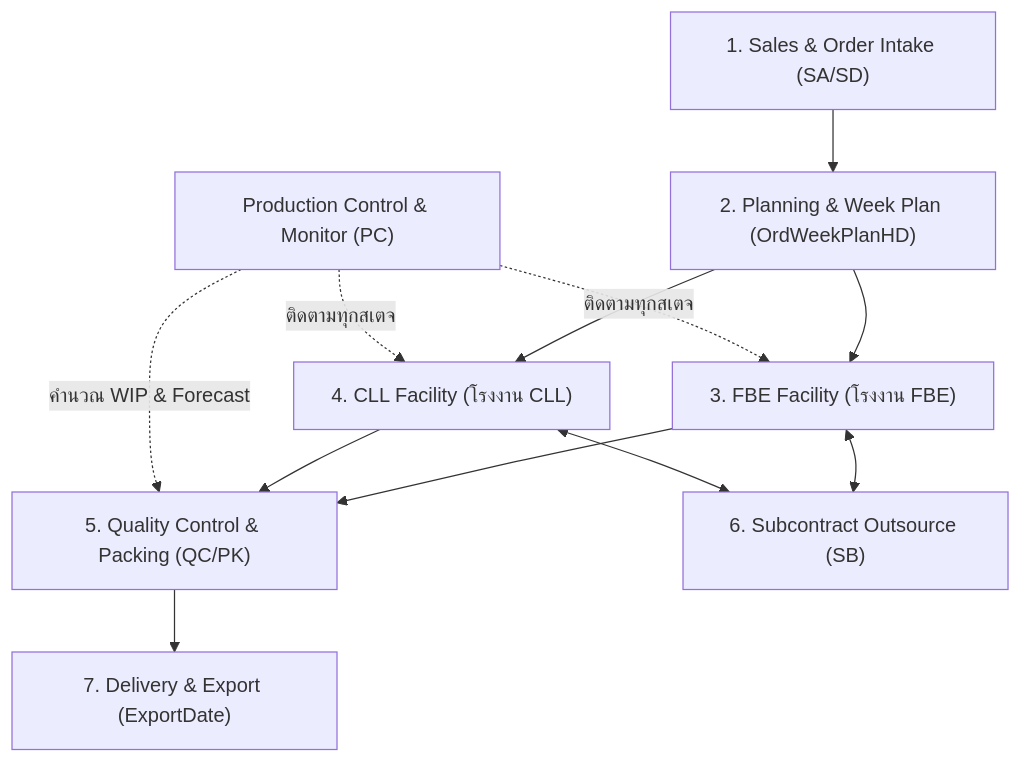
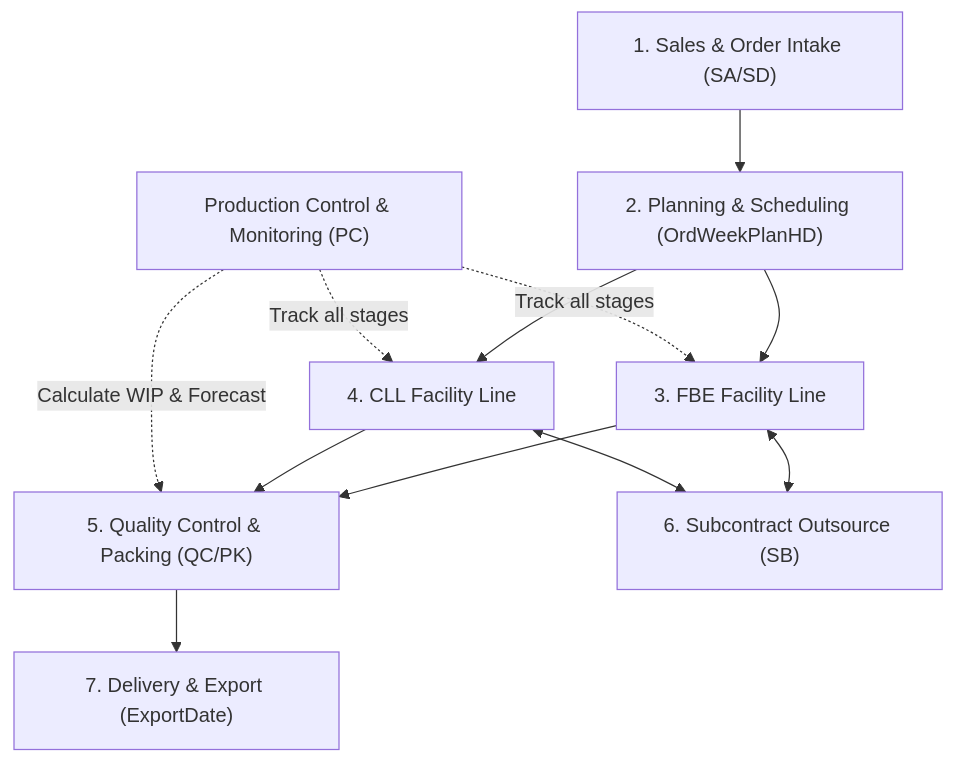
The first of 2 diagrams in LEGACY_PCC_SYSTEM_ARCHITECTURE.md (nitipoomph-coder/jewelry-factory-ERP), drawn with Mermaid before and after one commit. The commit also changed other lines of this file, not shown here.

Commit message:
docs: translate LEGACY_PCC_SYSTEM_ARCHITECTURE.md to english

````diff
--- a/LEGACY_PCC_SYSTEM_ARCHITECTURE.md
+++ b/LEGACY_PCC_SYSTEM_ARCHITECTURE.md
@@ -26,15 +25,15 @@
 ```mermaid
 graph TD
-    A["1. Sales & Order Intake (SA/SD)"] --> B["2. Planning & Week Plan (OrdWeekPlanHD)"]
-    B --> C["3. FBE Facility (โรงงาน FBE)"]
-    B --> D["4. CLL Facility (โรงงาน CLL)"]
+    A["1. Sales & Order Intake (SA/SD)"] --> B["2. Planning & Scheduling (OrdWeekPlanHD)"]
+    B --> C["3. FBE Facility Line"]
+    B --> D["4. CLL Facility Line"]
     C --> E["5. Quality Control & Packing (QC/PK)"]
     D --> E
     C <--> F["6. Subcontract Outsource (SB)"]
     D <--> F
     E --> G["7. Delivery & Export (ExportDate)"]
     
-    H["Production Control & Monitor (PC)"] -.->|ติดตามทุกสเตจ| C
-    H -.->|ติดตามทุกสเตจ| D
-    H -.->|คำนวณ WIP & Forecast| E
+    H["Production Control & Monitoring (PC)"] -.->|Track all stages| C
+    H -.->|Track all stages| D
+    H -.->|Calculate WIP & Forecast| E
 ```
````
